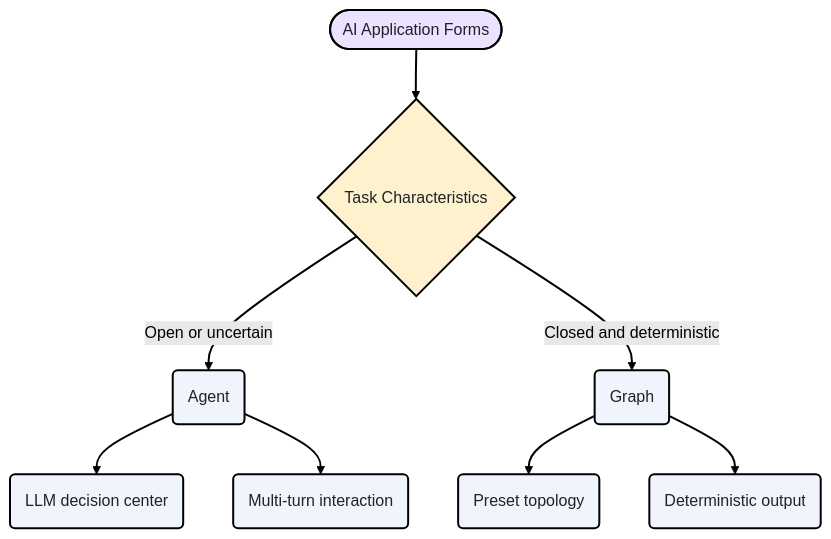
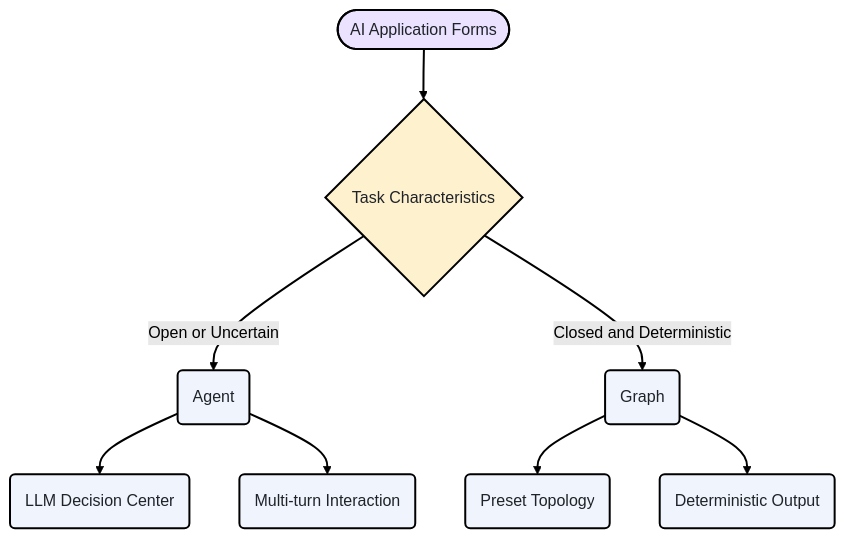
One commit to cloudwego/cloudwego.github.io changed the first of 10 diagrams in content/en/docs/eino/overview/graph_or_agent.md. Above: the diagram before and after it, drawn with Mermaid (forest theme). The commit also changed other lines of this file and 141 other files, not shown here.

````diff
--- a/content/en/docs/eino/overview/graph_or_agent.md
+++ b/content/en/docs/eino/overview/graph_or_agent.md
@@ -19,30 +23,30 @@
 ```mermaid
 flowchart TD
   linkStyle default stroke-width:2px,stroke:#000000
 
   classDef startend_style fill:#EAE2FE,stroke:#000000,stroke-width:2px,color:#1f2329
   classDef process_style fill:#F0F4FC,stroke:#000000,stroke-width:2px,color:#1f2329
   classDef decision_style fill:#FEF1CE,stroke:#000000,stroke-width:2px,color:#1f2329
   classDef subgraph_style fill:#f5f5f5,stroke:#bbbfc4,stroke-width:1px,color:#000000
 
   S(["AI Application Forms"]) 
   D{"Task Characteristics"}
   A("Agent")
   G("Graph")
-  A1("LLM decision center")
-  A2("Multi-turn interaction")
-  G1("Preset topology")
-  G2("Deterministic output")
+  A1("LLM Decision Center")
+  A2("Multi-turn Interaction")
+  G1("Preset Topology")
+  G2("Deterministic Output")
 
   S --> D
-  D -->|"Open or uncertain"| A
-  D -->|"Closed and deterministic"| G
+  D -->|"Open or Uncertain"| A
+  D -->|"Closed and Deterministic"| G
   A --> A1
   A --> A2
   G --> G1
   G --> G2
 
   class S startend_style
   class D decision_style
   class A,G,A1,A2,G1,G2 process_style
 ```
````
